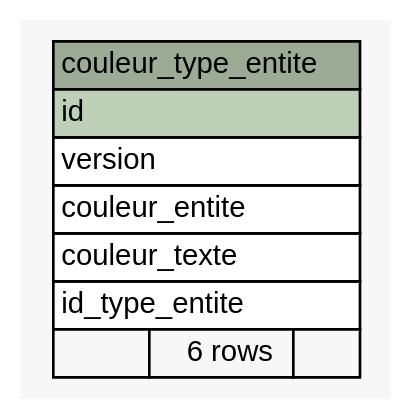
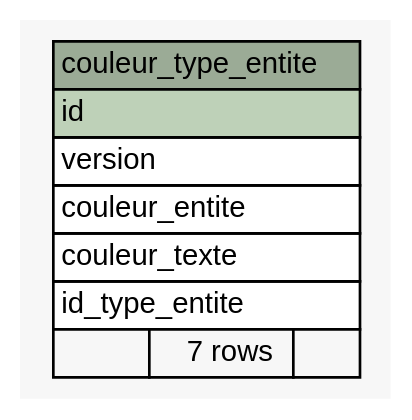
The diagram in src/site/resources/schemaspy/diagrams/summary/couleur_type_entite.1degree.dot (leleannec/organigramme), drawn with Graphviz before and after one commit. The commit also changed 22 other files, not shown here.

Commit message:
Passage checklist en vue du tag 1.3 Remise des libs pour faire fonctionner la ligne de commande "ant schemaspy"

```diff
--- a/src/site/resources/schemaspy/diagrams/summary/couleur_type_entite.1degree.dot
+++ b/src/site/resources/schemaspy/diagrams/summary/couleur_type_entite.1degree.dot
@@ -1,34 +1,34 @@
 // dot 2.36.0 on Windows 8.1 6.3
 // SchemaSpy rev 590
 digraph "couleur_type_entite" {
   graph [
     rankdir="RL"
     bgcolor="#f7f7f7"
     nodesep="0.18"
     ranksep="0.46"
     fontname="Helvetica"
     fontsize="11"
   ];
   node [
     fontname="Helvetica"
     fontsize="11"
     shape="plaintext"
   ];
   edge [
     arrowsize="0.8"
   ];
   "couleur_type_entite" [
     label=<
     <TABLE BORDER="0" CELLBORDER="1" CELLSPACING="0" BGCOLOR="#ffffff">
       <TR><TD COLSPAN="3" BGCOLOR="#9bab96" ALIGN="CENTER">couleur_type_entite</TD></TR>
       <TR><TD PORT="id" COLSPAN="3" BGCOLOR="#bed1b8" ALIGN="LEFT">id</TD></TR>
       <TR><TD PORT="version" COLSPAN="3" ALIGN="LEFT">version</TD></TR>
       <TR><TD PORT="couleur_entite" COLSPAN="3" ALIGN="LEFT">couleur_entite</TD></TR>
       <TR><TD PORT="couleur_texte" COLSPAN="3" ALIGN="LEFT">couleur_texte</TD></TR>
       <TR><TD PORT="id_type_entite" COLSPAN="3" ALIGN="LEFT">id_type_entite</TD></TR>
-      <TR><TD ALIGN="LEFT" BGCOLOR="#f7f7f7">  </TD><TD ALIGN="RIGHT" BGCOLOR="#f7f7f7">6 rows</TD><TD ALIGN="RIGHT" BGCOLOR="#f7f7f7">  </TD></TR>
+      <TR><TD ALIGN="LEFT" BGCOLOR="#f7f7f7">  </TD><TD ALIGN="RIGHT" BGCOLOR="#f7f7f7">7 rows</TD><TD ALIGN="RIGHT" BGCOLOR="#f7f7f7">  </TD></TR>
     </TABLE>>
     URL="tables/couleur_type_entite.html"
     tooltip="couleur_type_entite"
   ];
 }
```
